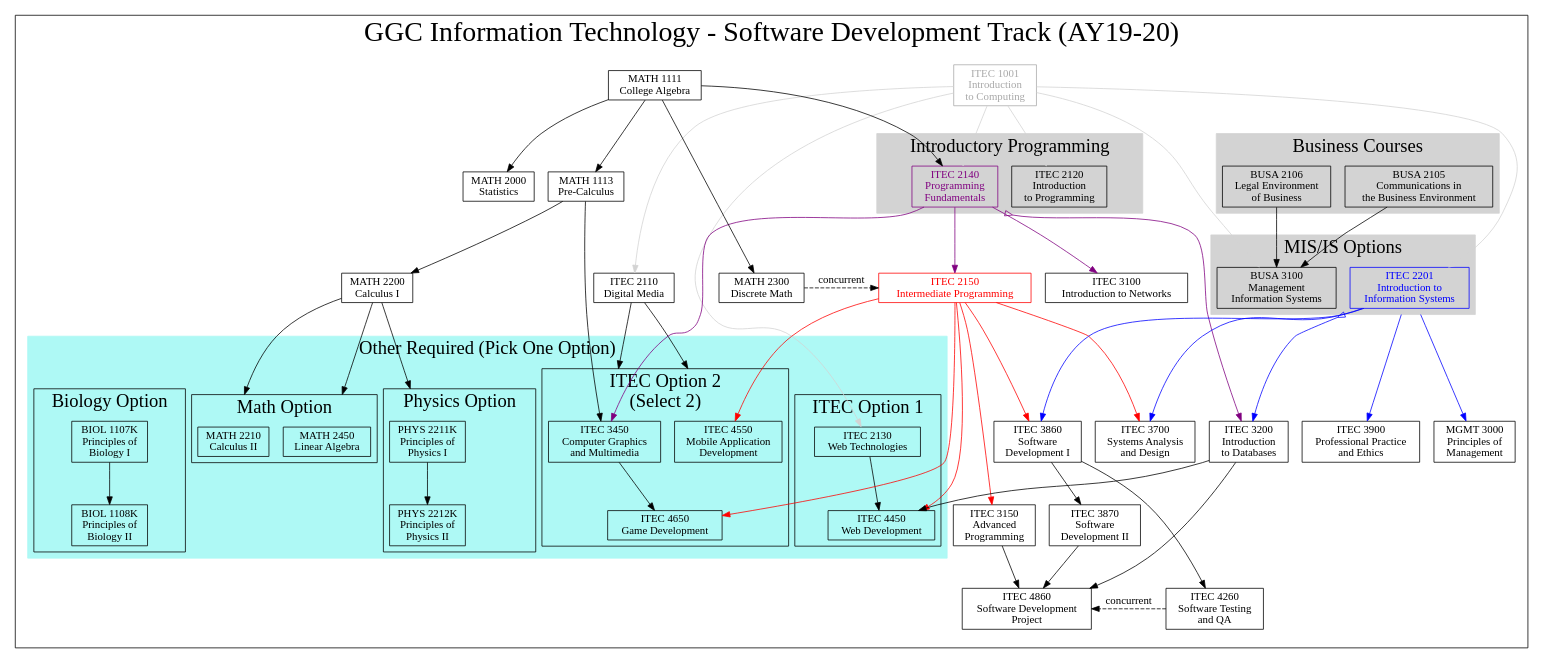
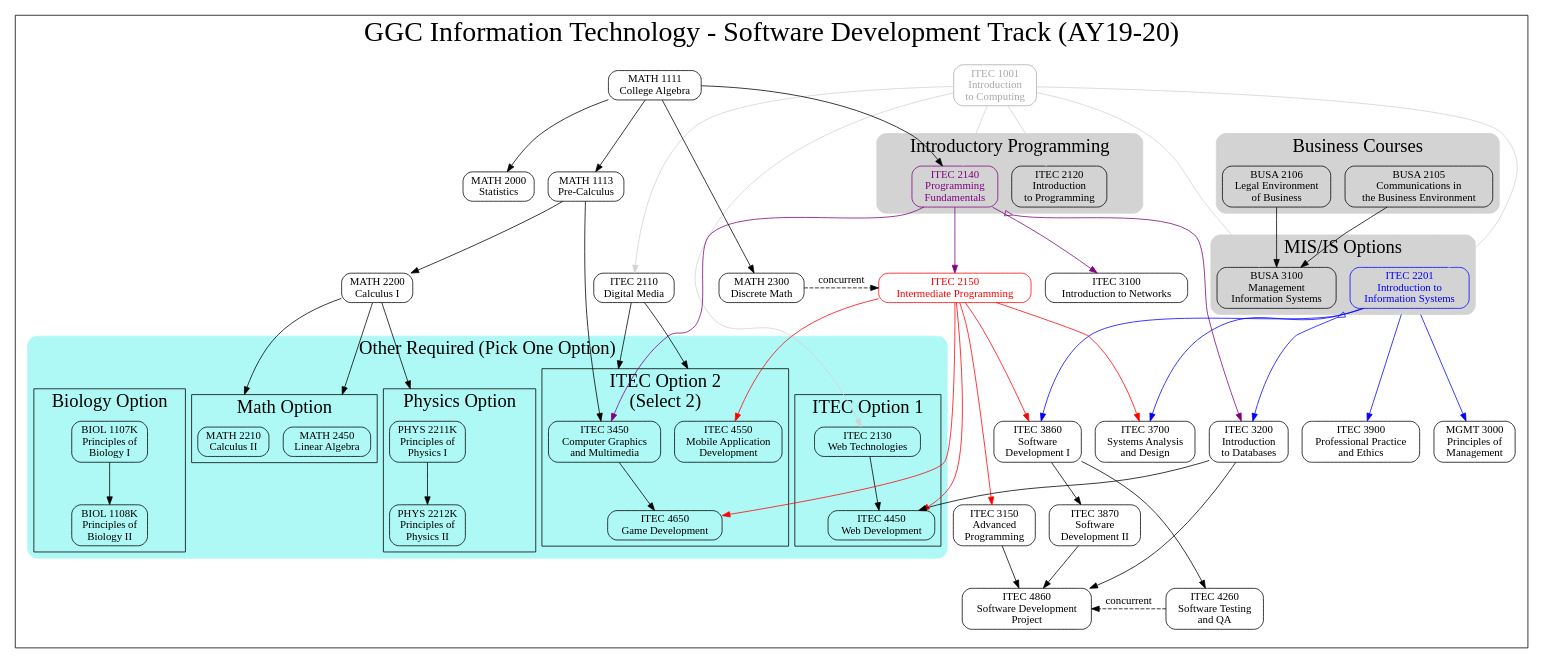
The diagram in AY19-20/SoftwareDevelopment.dot (rjlutz/itec-plans), drawn with Graphviz before and after one commit.

Commit message:
Minor style and shape changes

```diff
--- a/AY19-20/SoftwareDevelopment.dot
+++ b/AY19-20/SoftwareDevelopment.dot
@@ -1,189 +1,189 @@
 digraph G {
 
-    node [shape = record, fontname="Sans serif" fontsize="14"];
+    node [shape = box fontname="Sans serif" fontsize="14" style="rounded"];
     compound = true //  needed to link clusters and nodes
     splines = true
-    ranksep=0.75
+    ranksep=0.75    
 
      // All
-    itec1001[label = "ITEC 1001\nIntroduction \nto Computing" color=darkgray fontcolor=darkgray shape=box]
-    itec2110[label = "ITEC 2110\nDigital Media" shape=box]
-    itec2120[label = "ITEC 2120\nIntroduction\nto Programming" shape=box]
-    itec2130[label = "ITEC 2130\nWeb Technologies" shape=box]
-    itec2140[label = "ITEC 2140\nProgramming \nFundamentals" color=purple fontcolor=purple shape=box]
-    itec2150[label = "ITEC 2150\nIntermediate Programming" color=red fontcolor=red shape=box]
-    itec2201[label = "ITEC 2201\nIntroduction to\nInformation Systems" color=blue fontcolor=blue shape=box]
-    itec3100[label = "ITEC 3100\nIntroduction to Networks" shape=box]
-    itec3200[label = "ITEC 3200\nIntroduction\nto Databases" shape=box]
-    itec3900[label = "ITEC 3900\nProfessional Practice\nand Ethics" shape=box]
-    busa2105[label = "BUSA 2105\nCommunications in\nthe Business Environment" shape=box]
-    busa2106[label = "BUSA 2106\nLegal Environment\nof Business" shape=box]
-    busa3100[label = "BUSA 3100\nManagement \nInformation Systems" shape=box]
-    math1111[label = "MATH 1111\nCollege Algebra" shape=box]
-    math1113[label = "MATH 1113\nPre-Calculus" shape=box]
-    math2300[label = "MATH 2300\nDiscrete Math" shape=box]
-    math2000[label = "MATH 2000\nStatistics" shape=box]
-    math2200[label = "MATH 2200\nCalculus I" shape=box]
-    mgmt3000[label = "MGMT 3000\nPrinciples of\nManagement" shape=box]
+    itec1001[label = "ITEC 1001\nIntroduction \nto Computing" color=darkgray fontcolor=darkgray]
+    itec2110[label = "ITEC 2110\nDigital Media"]
+    itec2120[label = "ITEC 2120\nIntroduction\nto Programming"]
+    itec2130[label = "ITEC 2130\nWeb Technologies"]
+    itec2140[label = "ITEC 2140\nProgramming \nFundamentals" color=purple fontcolor=purple]
+    itec2150[label = "ITEC 2150\nIntermediate Programming" color=red fontcolor=red]
+    itec2201[label = "ITEC 2201\nIntroduction to\nInformation Systems" color=blue fontcolor=blue]
+    itec3100[label = "ITEC 3100\nIntroduction to Networks"]
+    itec3200[label = "ITEC 3200\nIntroduction\nto Databases"]
+    itec3900[label = "ITEC 3900\nProfessional Practice\nand Ethics"]
+    busa2105[label = "BUSA 2105\nCommunications in\nthe Business Environment"]
+    busa2106[label = "BUSA 2106\nLegal Environment\nof Business"]
+    busa3100[label = "BUSA 3100\nManagement \nInformation Systems"]
+    math1111[label = "MATH 1111\nCollege Algebra"]
+    math1113[label = "MATH 1113\nPre-Calculus"]
+    math2300[label = "MATH 2300\nDiscrete Math"]
+    math2000[label = "MATH 2000\nStatistics"]
+    math2200[label = "MATH 2200\nCalculus I"]
+    mgmt3000[label = "MGMT 3000\nPrinciples of\nManagement"]
 
     // Software Development 
-    itec3150[label = "ITEC 3150\nAdvanced\nProgramming" shape=box]
-    itec3450[label = "ITEC 3450\nComputer Graphics\nand Multimedia" shape=box]
-    itec3700[label = "ITEC 3700\nSystems Analysis\nand Design" shape=box]
-    itec3860[label = "ITEC 3860\nSoftware\nDevelopment I" shape=box]
-    itec3870[label = "ITEC 3870\nSoftware\nDevelopment II" shape=box]
-    itec4260[label = "ITEC 4260\nSoftware Testing\n and QA" shape=box]
-    itec4860[label = "ITEC 4860\nSoftware Development\nProject" shape=box]
-    itec4450[label = "ITEC 4450\nWeb Development" shape=box]
-    itec4550[label = "ITEC 4550\nMobile Application\nDevelopment" shape=box]
-    itec4650[label = "ITEC 4650\nGame Development" shape=box]
-    math2210[label = "MATH 2210\nCalculus II" shape=box]
-    math2450[label = "MATH 2450\nLinear Algebra" shape=box]
-    phys2211k[label = "PHYS 2211K\nPrinciples of\nPhysics I" shape=box]
-    phys2212k[label = "PHYS 2212K\nPrinciples of\nPhysics II" shape=box]
-    biol1107k[label = "BIOL 1107K\nPrinciples of\nBiology I" shape=box]
-    biol1108k[label = "BIOL 1108K\nPrinciples of\nBiology II" shape=box]
+    itec3150[label = "ITEC 3150\nAdvanced\nProgramming"]
+    itec3450[label = "ITEC 3450\nComputer Graphics\nand Multimedia"]
+    itec3700[label = "ITEC 3700\nSystems Analysis\nand Design"]
+    itec3860[label = "ITEC 3860\nSoftware\nDevelopment I"]
+    itec3870[label = "ITEC 3870\nSoftware\nDevelopment II"]
+    itec4260[label = "ITEC 4260\nSoftware Testing\n and QA"]
+    itec4860[label = "ITEC 4860\nSoftware Development\nProject"]
+    itec4450[label = "ITEC 4450\nWeb Development"]
+    itec4550[label = "ITEC 4550\nMobile Application\nDevelopment"]
+    itec4650[label = "ITEC 4650\nGame Development"]
+    math2210[label = "MATH 2210\nCalculus II"]
+    math2450[label = "MATH 2450\nLinear Algebra"]
+    phys2211k[label = "PHYS 2211K\nPrinciples of\nPhysics I"]
+    phys2212k[label = "PHYS 2212K\nPrinciples of\nPhysics II"]
+    biol1107k[label = "BIOL 1107K\nPrinciples of\nBiology I"]
+    biol1108k[label = "BIOL 1108K\nPrinciples of\nBiology II"]
 
 
     subgraph clustersd {
             label="GGC Information Technology - Software Development Track (AY19-20)"
             fontsize="36"
 
         subgraph clusterrequired {
             label=""
-            node [style=filled];
-            style=filled;
+            node [style="filled,rounded"];
+            style="filled,rounded";
             fontsize="24"
 
             color="#FFFFFF";
             
             itec1001 -> itec2110 [color=lightgray]
             itec1001 -> itec2120 [color=lightgray]
             itec1001 -> itec2130 [color=lightgray]
             itec1001 -> itec2201 [color=lightgray]
             itec1001 -> busa3100 [color=lightgray]
 
             busa2106 -> busa3100
             busa2105 -> busa3100
             itec1001 -> itec2140 [color=lightgray]
             itec2140 -> itec2150 [color=purple]
             itec2150 -> itec3150 [/*lltail=clusterdiscrete*/ color=red]
 
             itec2140 -> itec3100 [color=purple]
             itec2201 -> itec3200 [color=blue ltail=cluster22013100 dir=both arrowtail=invempty];
             itec2140 -> itec3200 [ltail=cluster21202140 color=purple dir=both arrowtail=invempty]
 
             itec2150 -> itec4650 [color=red]
             itec2150 -> itec3700 [/*lltail=clusterdiscrete*/ color=red]
             itec2201 -> itec3700 [color=blue]
 
             itec2150 -> itec3860 [color=red]
             itec2201 -> itec3860 [color=blue]
             itec3860 -> itec3870
             itec2201 -> itec3900 [ltail=cluster22013100 color=blue]
             itec3860 -> itec4260 //[lhead=clusterQA]
             itec2201 -> mgmt3000 [ltail=cluster22013100 color=blue]
 
             itec3200 -> itec4860
             itec3150 -> itec4860
             itec3870 -> itec4860
 
             math1113 -> math2200
             math1111 -> math1113
             math1111 -> math2000
             math1111 -> math2300 //[lhead=clusterdiscrete]
             math1111 -> itec2140
             math2200 -> math2210 [lhead=clustermathopt]
             math2200 -> math2450 [lhead=clustermathopt]
             itec3200 -> itec4450
 
             math1113 -> itec3450
             itec2110 -> itec3450 [lhead=clusteritecopt2]
             itec2140 -> itec3450 [color=purple]
             itec2110 -> itec4550 [lhead=clusteritecopt2]
             math2200 -> phys2211k [lhead=clusterphysopt]
             itec2150 -> itec4550 [color=red]
 
             subgraph cluster21202140 {
                 label = "Introductory Programming";
                 color=lightgrey;
                 itec2120
                 itec2140
             }
             subgraph cluster22013100 {
                 label = "MIS/IS Options";
                 color=lightgrey;
                 itec2201
                 busa3100
             }
             subgraph cluster21052106 {
                 label = "Business Courses"
                 color=lightgrey;
                 busa2105
                 busa2106
             }
             
             subgraph clusterdiscrete {
                 /*label = "Prereq w/ Concurrency";
                 node [style=filled];
                 style=filled;
                 color=lightgrey;*/
                 math2300 -> itec2150 [constraint=false, label="concurrent", style=dashed];
             }
 
             subgraph clusterQA {
                 /*label = "Prereq w/ Concurrency";
                 node [style=filled];
                 style=filled;
                 color=lightgrey;*/
                 itec4260 -> itec4860 [constraint=false, label="concurrent", style=dashed];
 
             }
 
             subgraph clusterotherrequired {
                 label = "Other Required (Pick One Option)"
-                node [style=filled];
-                style=filled;
+                node [style="filled,rounded"];
+                style="filled,rounded";
                 color="#AEF9F5"
 
                 subgraph clusteritecopt1 {
                     label = "ITEC Option 1";
                     graph[style=solid]
                     color=black
                     itec2130 -> itec4450
                     itec2150 -> itec4450 [color=red]
                 }
 
                 subgraph clusteritecopt2 {
                     label = "ITEC Option 2\n(Select 2)"
                     graph[style=solid]
                     color=black
                     itec3450 -> itec4650
                     itec4550
                 }
 
                 subgraph clusterbiolopt {
                     label = "Biology Option";
                     graph[style=solid]
                     color=black
                     biol1107k -> biol1108k
                 }
 
                 subgraph clustermathopt {
                     label = "Math Option";
                     graph[style=solid]
                     color=black
                     math2210
                     math2450
                 }
 
                 subgraph clusterphysopt {
                     label = "Physics Option"
                     graph[style=solid]
                     color=black
                     phys2211k -> phys2212k
                 }
             }
         }    
     }
 }
```
